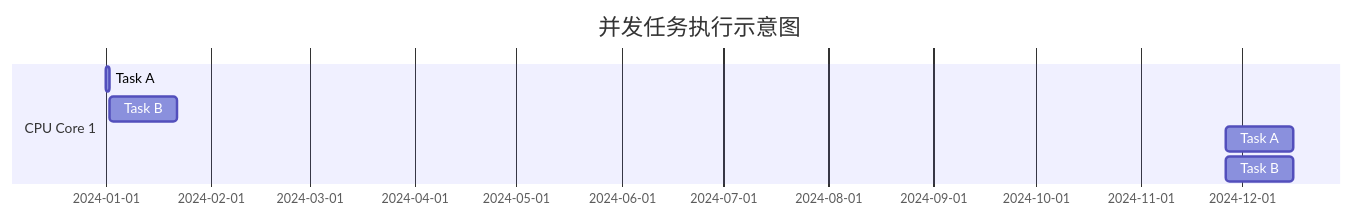
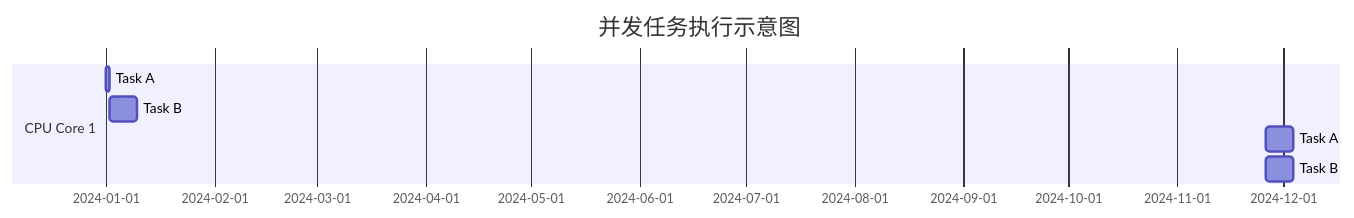
One commit to uwspstar/20-Day-Challenge-List changed the first of 3 diagrams in System Design/并发 vs 并行.md. Above: the diagram before and after it, drawn with Mermaid.

Commit message:
Update 并发 vs 并行.md

````diff
--- a/System Design/并发 vs 并行.md
+++ b/System Design/并发 vs 并行.md
@@ -40,11 +40,11 @@
 ```mermaid
 gantt
     title 并发任务执行示意图
     dateFormat  YYYY-MM-DD
     section CPU Core 1
     Task A           :a1, 2024-01-01, 1d
-    Task B           :after a1, 20d
-    Task A           :after a2, 20d
-    Task B           :after a3, 20d
+    Task B           :after a1, 8d
+    Task A           :after a2, 8d
+    Task B           :after a3, 8d
 
 ```
````
